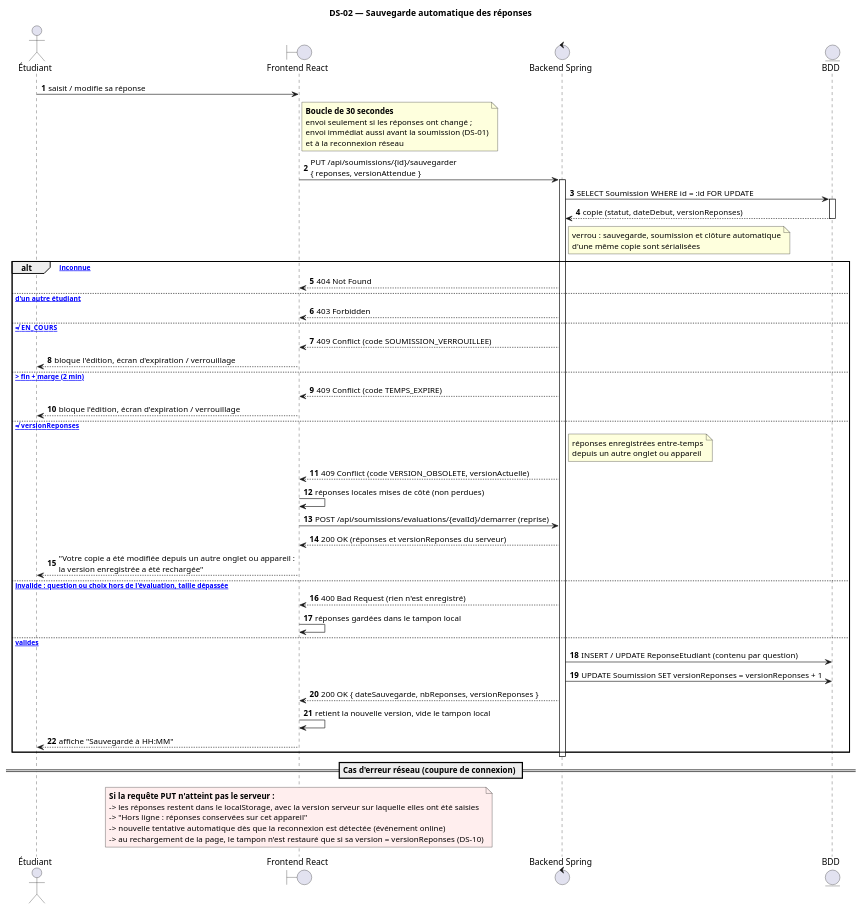
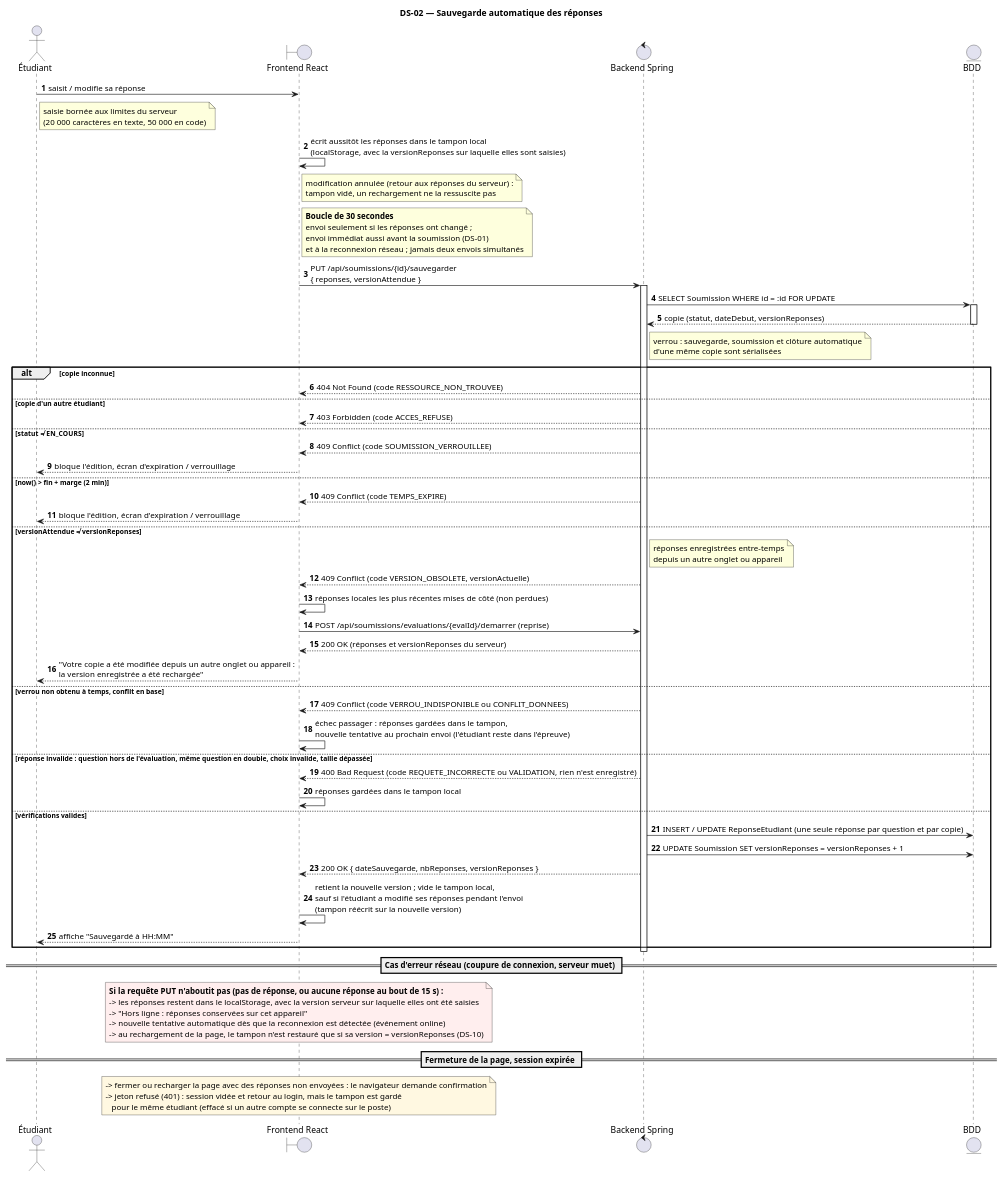
One commit to MorLeye75/eval-platform changed the diagram in docs/diagrammes-sequence/DS-02-sauvegarde-auto.puml. Above: the diagram before and after it, drawn with PlantUML. The commit also changed 3 other files, not shown here.

First line of the commit message:
docs(sequence): DS-02 aligne sur la sauvegarde actuelle, conditions lisibles dans tous les diagrammes

```diff
--- a/docs/diagrammes-sequence/DS-02-sauvegarde-auto.puml
+++ b/docs/diagrammes-sequence/DS-02-sauvegarde-auto.puml
@@ -1,53 +1,66 @@
 @startuml DS-02_sauvegarde_auto
 title DS-02 — Sauvegarde automatique des réponses
 autonumber
 actor "Étudiant" as E
 boundary "Frontend React" as F
 control "Backend Spring" as B
 entity "BDD" as D
 
 E -> F : saisit / modifie sa réponse
-note right of F : **Boucle de 30 secondes**\nenvoi seulement si les réponses ont changé ;\nenvoi immédiat aussi avant la soumission (DS-01)\net à la reconnexion réseau
+note right of E : saisie bornée aux limites du serveur\n(20 000 caractères en texte, 50 000 en code)
+F -> F : écrit aussitôt les réponses dans le tampon local\n(localStorage, avec la versionReponses sur laquelle elles sont saisies)
+note right of F : modification annulée (retour aux réponses du serveur) :\ntampon vidé, un rechargement ne la ressuscite pas
+note right of F : **Boucle de 30 secondes**\nenvoi seulement si les réponses ont changé ;\nenvoi immédiat aussi avant la soumission (DS-01)\net à la reconnexion réseau ; jamais deux envois simultanés
 F -> B ++ : PUT /api/soumissions/{id}/sauvegarder\n{ reponses, versionAttendue }
 B -> D ++ : SELECT Soumission WHERE id = :id FOR UPDATE
 D --> B -- : copie (statut, dateDebut, versionReponses)
 note right of B : verrou : sauvegarde, soumission et clôture automatique\nd'une même copie sont sérialisées
 
-alt [copie inconnue]
-  B --> F : 404 Not Found
-else [copie d'un autre étudiant]
-  B --> F : 403 Forbidden
-else [statut ≠ EN_COURS]
+alt copie inconnue
+  B --> F : 404 Not Found (code RESSOURCE_NON_TROUVEE)
+else copie d'un autre étudiant
+  B --> F : 403 Forbidden (code ACCES_REFUSE)
+else statut ≠ EN_COURS
   B --> F : 409 Conflict (code SOUMISSION_VERROUILLEE)
   F --> E : bloque l'édition, écran d'expiration / verrouillage
-else [now() > fin + marge (2 min)]
+else now() > fin + marge (2 min)
   B --> F : 409 Conflict (code TEMPS_EXPIRE)
   F --> E : bloque l'édition, écran d'expiration / verrouillage
-else [versionAttendue ≠ versionReponses]
+else versionAttendue ≠ versionReponses
   note right of B : réponses enregistrées entre-temps\ndepuis un autre onglet ou appareil
   B --> F : 409 Conflict (code VERSION_OBSOLETE, versionActuelle)
-  F -> F : réponses locales mises de côté (non perdues)
+  F -> F : réponses locales les plus récentes mises de côté (non perdues)
   F -> B : POST /api/soumissions/evaluations/{evalId}/demarrer (reprise)
   B --> F : 200 OK (réponses et versionReponses du serveur)
   F --> E : "Votre copie a été modifiée depuis un autre onglet ou appareil :\nla version enregistrée a été rechargée"
-else [réponse invalide : question ou choix hors de l'évaluation, taille dépassée]
-  B --> F : 400 Bad Request (rien n'est enregistré)
+else verrou non obtenu à temps, conflit en base
+  B --> F : 409 Conflict (code VERROU_INDISPONIBLE ou CONFLIT_DONNEES)
+  F -> F : échec passager : réponses gardées dans le tampon,\nnouvelle tentative au prochain envoi (l'étudiant reste dans l'épreuve)
+else réponse invalide : question hors de l'évaluation, même question en double, choix invalide, taille dépassée
+  B --> F : 400 Bad Request (code REQUETE_INCORRECTE ou VALIDATION, rien n'est enregistré)
   F -> F : réponses gardées dans le tampon local
-else [vérifications valides]
-  B -> D : INSERT / UPDATE ReponseEtudiant (contenu par question)
+else vérifications valides
+  B -> D : INSERT / UPDATE ReponseEtudiant (une seule réponse par question et par copie)
   B -> D : UPDATE Soumission SET versionReponses = versionReponses + 1
   B --> F : 200 OK { dateSauvegarde, nbReponses, versionReponses }
-  F -> F : retient la nouvelle version, vide le tampon local
+  F -> F : retient la nouvelle version ; vide le tampon local,\nsauf si l'étudiant a modifié ses réponses pendant l'envoi\n(tampon réécrit sur la nouvelle version)
   F --> E : affiche "Sauvegardé à HH:MM"
 end
 deactivate B
 
-== Cas d'erreur réseau (coupure de connexion) ==
+== Cas d'erreur réseau (coupure de connexion, serveur muet) ==
 note over F #FFEEEE
-  **Si la requête PUT n'atteint pas le serveur :**
+  **Si la requête PUT n'aboutit pas (pas de réponse, ou aucune réponse au bout de 15 s) :**
   -> les réponses restent dans le localStorage, avec la version serveur sur laquelle elles ont été saisies
   -> "Hors ligne : réponses conservées sur cet appareil"
   -> nouvelle tentative automatique dès que la reconnexion est détectée (événement online)
   -> au rechargement de la page, le tampon n'est restauré que si sa version = versionReponses (DS-10)
 end note
+
+== Fermeture de la page, session expirée ==
+note over F #FFF8E1
+  -> fermer ou recharger la page avec des réponses non envoyées : le navigateur demande confirmation
+  -> jeton refusé (401) : session vidée et retour au login, mais le tampon est gardé
+     pour le même étudiant (effacé si un autre compte se connecte sur le poste)
+end note
 @enduml
```
